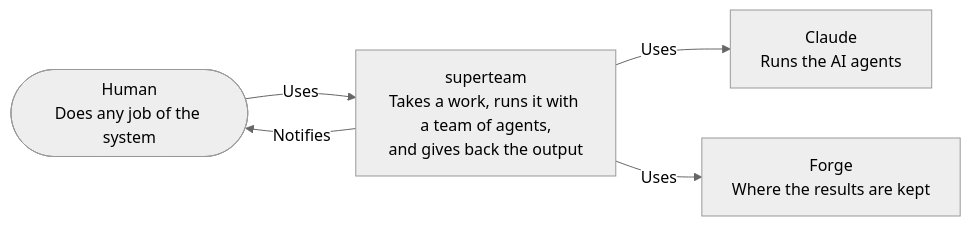
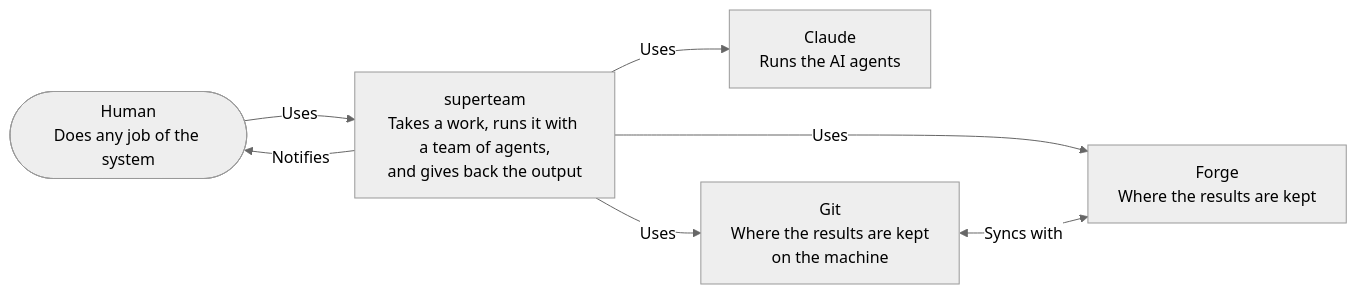
One commit to longlh/superteam changed the first of 2 diagrams in docs/architecture.md. Above: the diagram before and after it, drawn with Mermaid (neutral theme). The commit also changed other lines of this file, not shown here.

First line of the commit message:
Add git to the context and update the storage related text

````diff
--- a/docs/architecture.md
+++ b/docs/architecture.md
@@ -53,12 +54,15 @@
 ```mermaid
 flowchart LR
     human(["Human<br/>Does any job of the system"])
     superteam["superteam<br/>Takes a work, runs it with a team of agents,<br/>and gives back the output"]
     claude["Claude<br/>Runs the AI agents"]
+    git["Git<br/>Where the results are kept<br/>on the machine"]
     forge["Forge<br/>Where the results are kept"]
 
     human -->|Uses| superteam
     superteam -->|Notifies| human
     superteam -->|Uses| claude
     superteam -->|Uses| forge
+    superteam -->|Uses| git
+    git <-->|Syncs with| forge
 ```
````
